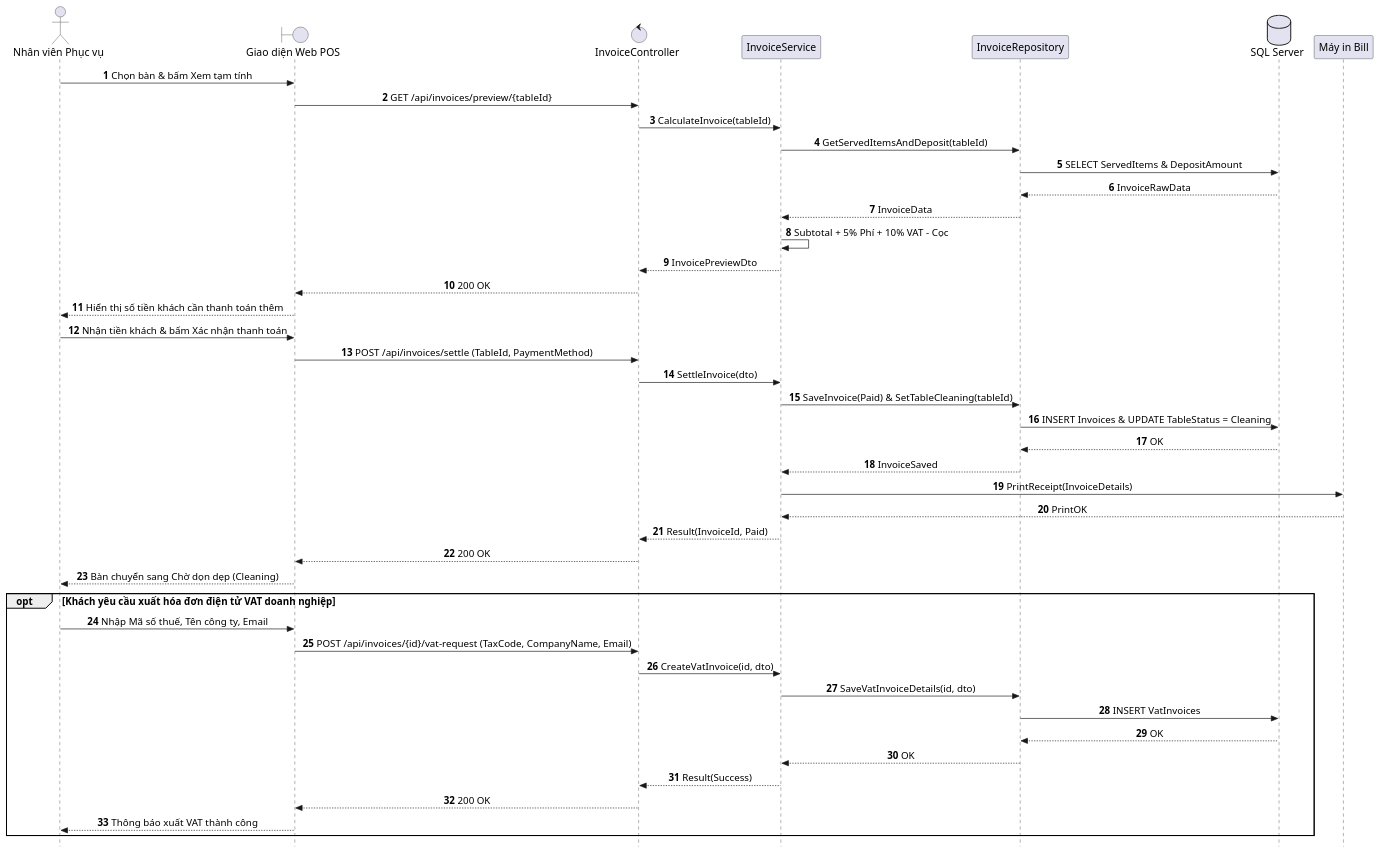
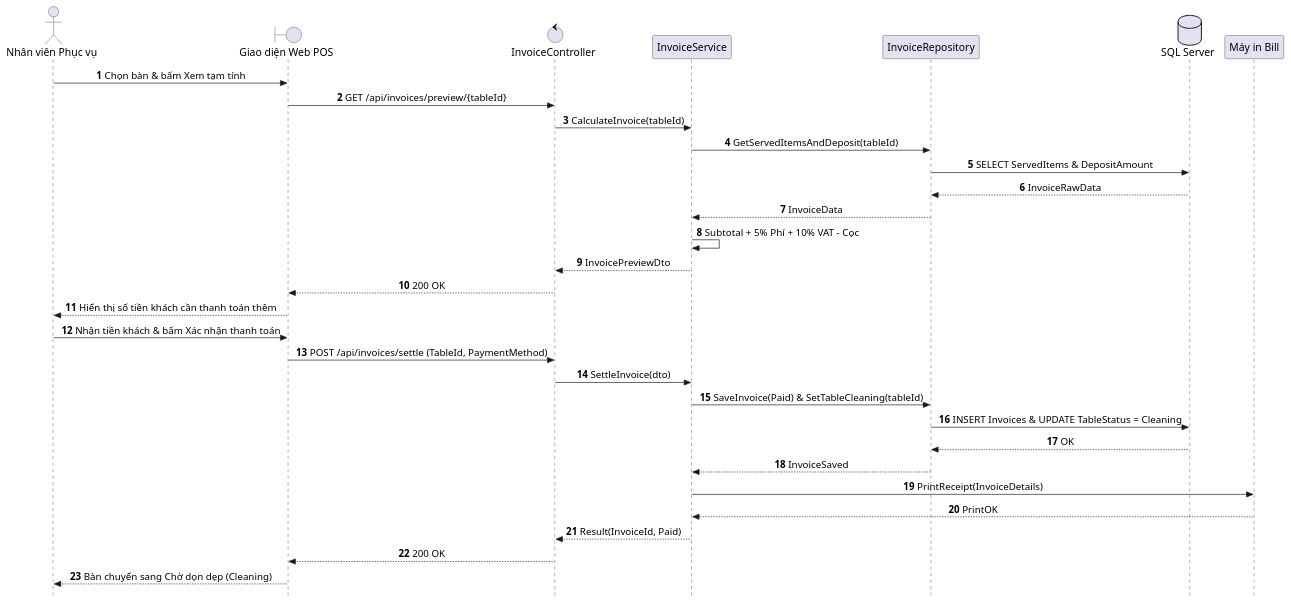
The diagram in docs/phase1/use-cases/UC-E3_Thanh_Toan_Can_Tru_Coc.md (AndrewQng/VinDining), drawn with PlantUML before and after one commit. The commit also changed 85 other files, not shown here.

Commit message:
feat: implement reservation, in-dining workflow, invoicing, and frontend architecture

````diff
--- a/docs/phase1/use-cases/UC-E3_Thanh_Toan_Can_Tru_Coc.md
+++ b/docs/phase1/use-cases/UC-E3_Thanh_Toan_Can_Tru_Coc.md
@@ -1,61 +1,48 @@
 ```plantuml
 @startuml SD_UC_E3_Settle_Invoice
 autonumber
 skinparam style strictuml
 skinparam sequenceMessageAlign center
 skinparam responseMessageBelowArrow true
 skinparam defaultFontName "Segoe UI", Arial, sans-serif
 skinparam defaultFontSize 16
 skinparam sequenceActorFontSize 16
 skinparam sequenceParticipantFontSize 16
 skinparam sequenceArrowFontSize 15
 skinparam sequenceGroupFontSize 15
 skinparam sequenceGroupHeaderFontSize 15
 
 actor "Nhân viên Phục vụ" as Waitstaff
 boundary "Giao diện Web POS" as UI
 control "InvoiceController" as Controller
 participant "InvoiceService" as Service
 participant "InvoiceRepository" as Repo
 database "SQL Server" as DB
 participant "Máy in Bill" as Printer
 
 Waitstaff -> UI: Chọn bàn & bấm Xem tạm tính
 UI -> Controller: GET /api/invoices/preview/{tableId}
 Controller -> Service: CalculateInvoice(tableId)
 Service -> Repo: GetServedItemsAndDeposit(tableId)
 Repo -> DB: SELECT ServedItems & DepositAmount
 DB --> Repo: InvoiceRawData
 Repo --> Service: InvoiceData
 Service -> Service: Subtotal + 5% Phí + 10% VAT - Cọc
 Service --> Controller: InvoicePreviewDto
 Controller --> UI: 200 OK
 UI --> Waitstaff: Hiển thị số tiền khách cần thanh toán thêm
 
 Waitstaff -> UI: Nhận tiền khách & bấm Xác nhận thanh toán
 UI -> Controller: POST /api/invoices/settle (TableId, PaymentMethod)
 Controller -> Service: SettleInvoice(dto)
 Service -> Repo: SaveInvoice(Paid) & SetTableCleaning(tableId)
 Repo -> DB: INSERT Invoices & UPDATE TableStatus = Cleaning
 DB --> Repo: OK
 Repo --> Service: InvoiceSaved
 Service -> Printer: PrintReceipt(InvoiceDetails)
 Printer --> Service: PrintOK
 Service --> Controller: Result(InvoiceId, Paid)
 Controller --> UI: 200 OK
 UI --> Waitstaff: Bàn chuyển sang Chờ dọn dẹp (Cleaning)
-
-opt Khách yêu cầu xuất hóa đơn điện tử VAT doanh nghiệp
-    Waitstaff -> UI: Nhập Mã số thuế, Tên công ty, Email
-    UI -> Controller: POST /api/invoices/{id}/vat-request (TaxCode, CompanyName, Email)
-    Controller -> Service: CreateVatInvoice(id, dto)
-    Service -> Repo: SaveVatInvoiceDetails(id, dto)
-    Repo -> DB: INSERT VatInvoices
-    DB --> Repo: OK
-    Repo --> Service: OK
-    Service --> Controller: Result(Success)
-    Controller --> UI: 200 OK
-    UI --> Waitstaff: Thông báo xuất VAT thành công
-end
 @enduml
 ```
````
